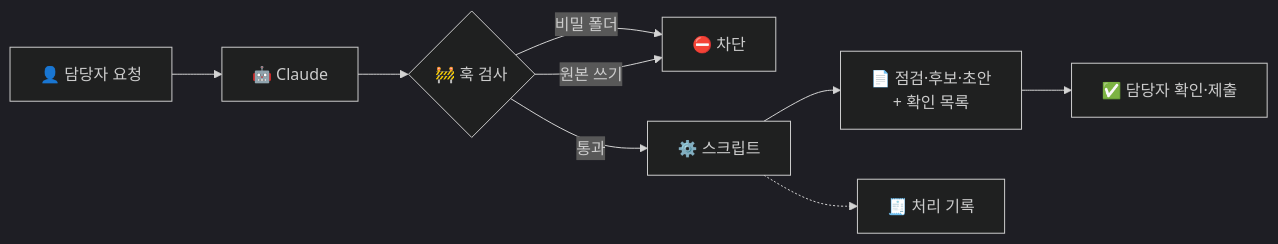
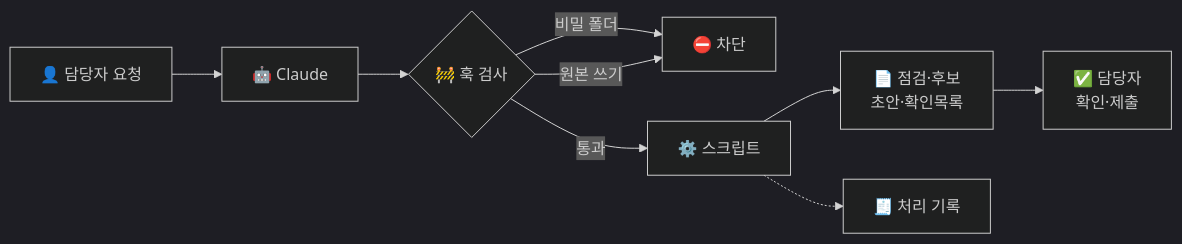
The second of 2 diagrams in README.md (changgi/archive-bm-tools), drawn with Mermaid (dark theme) before and after one commit.

Commit message:
README: 안전장치 도식 라벨 줄바꿈
Claude-Session: https://claude.ai/code/session_012tApfmFrmZa2cH7fpfTFnW

````diff
--- a/README.md
+++ b/README.md
@@ -179,11 +179,11 @@
 ```mermaid
 flowchart LR
     U["👤 담당자 요청"] --> C["🤖 Claude"]
     C --> H{"🚧 훅 검사"}
     H -- "비밀 폴더" --> X["⛔ 차단"]
     H -- "원본 쓰기" --> X
     H -- "통과" --> S["⚙️ 스크립트"]
-    S --> O["📄 점검·후보·초안<br/>+ 확인 목록"]
-    O --> P["✅ 담당자 확인·제출"]
+    S --> O["📄 점검·후보<br/>초안·확인목록"]
+    O --> P["✅ 담당자<br/>확인·제출"]
     S -.-> L["🧾 처리 기록"]
 ```
````
